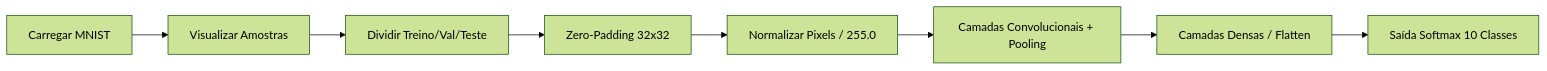
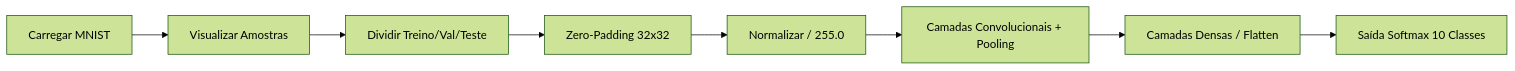
Before and after one commit to GersonESantos/CienciaDeDadosEmPython: the diagram in README.md, drawn with Mermaid (forest theme). The commit also changed other lines of this file and 5 other files, not shown here.

````diff
--- a/README.md
+++ b/README.md
@@ -197,10 +227,10 @@
 ```mermaid
 flowchart LR
     A[Carregar MNIST] --> B[Visualizar Amostras]
     B --> C[Dividir Treino/Val/Teste]
     C --> D[Zero-Padding 32x32]
-    D --> E[Normalizar Pixels / 255.0]
+    D --> E[Normalizar / 255.0]
     E --> F[Camadas Convolucionais + Pooling]
     F --> G[Camadas Densas / Flatten]
     G --> H[Saída Softmax 10 Classes]
 ```
````
